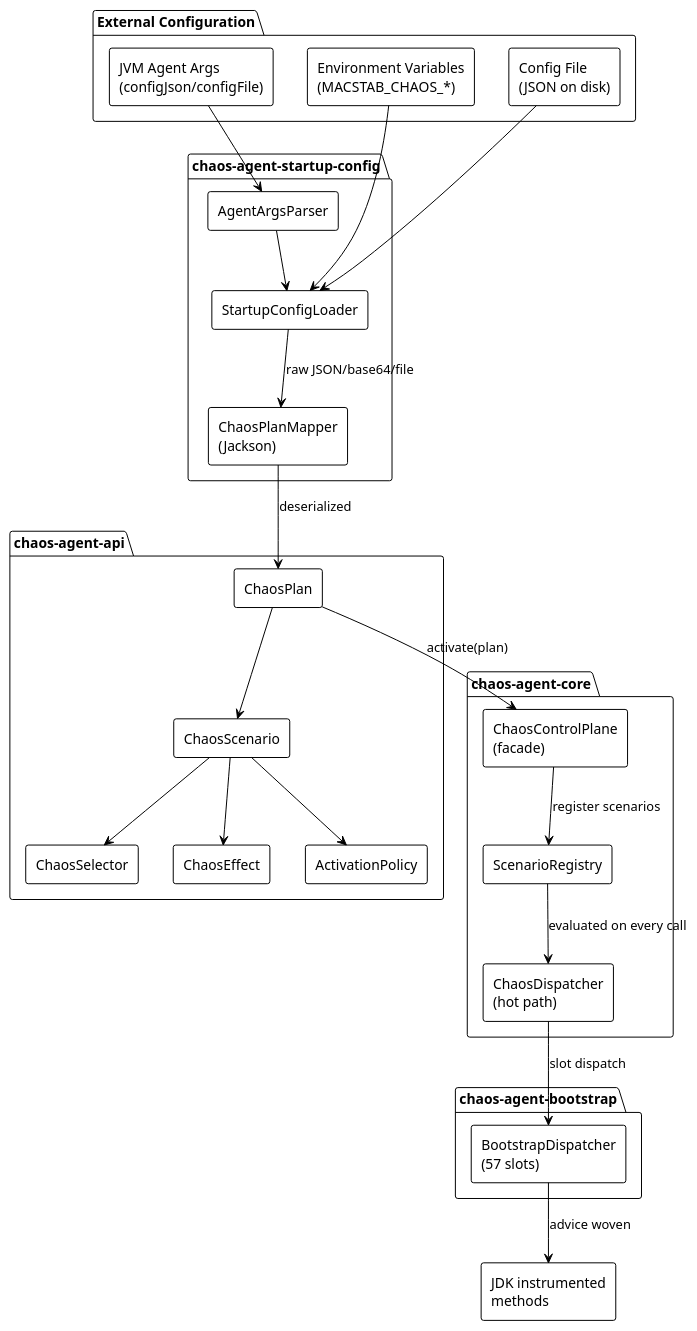
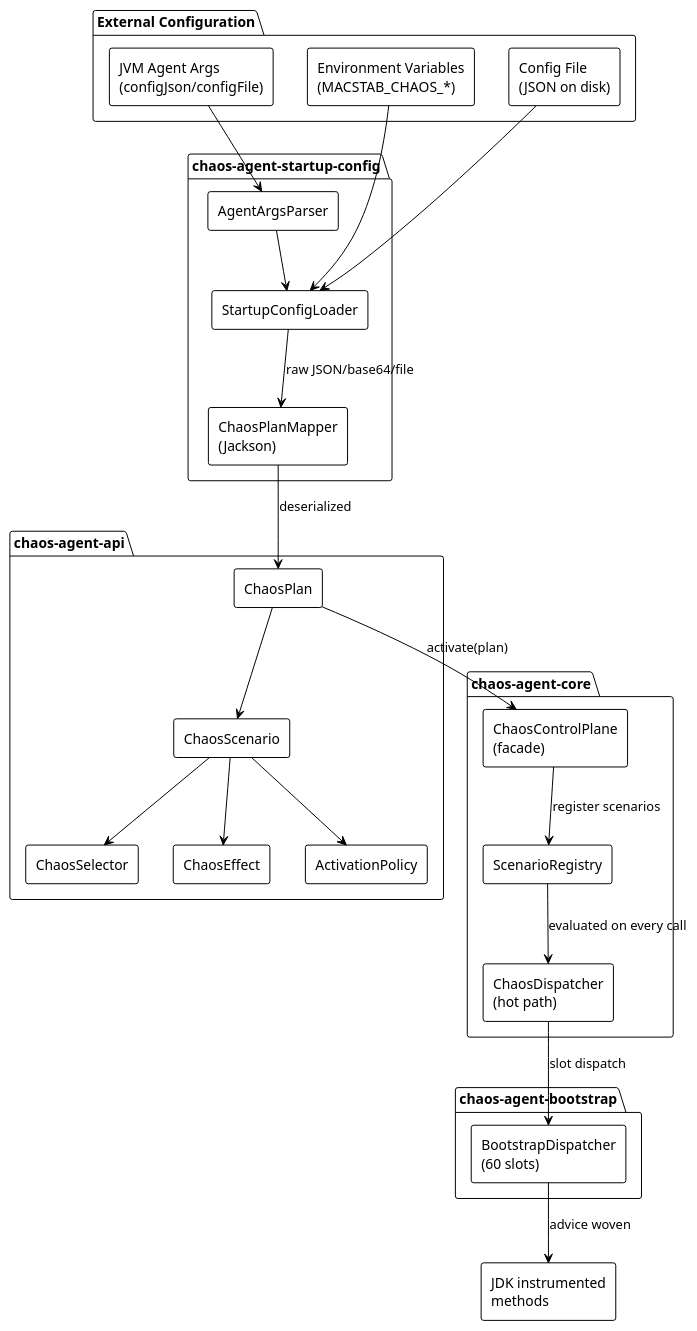
Before and after one commit to macstab/macstab-chaos-jvm-agent: the first of 2 diagrams in docs/configuration-reference.md, drawn with PlantUML. The commit also changed other lines of this file and 26 other files, not shown here.

````diff
--- a/docs/configuration-reference.md
+++ b/docs/configuration-reference.md
@@ -246,52 +246,52 @@
 ```plantuml
 @startuml chaos-config-components
 !theme plain
 skinparam componentStyle rectangle
 
 package "External Configuration" {
   [JVM Agent Args\n(configJson/configFile)] as AgentArgs
   [Environment Variables\n(MACSTAB_CHAOS_*)] as EnvVars
   [Config File\n(JSON on disk)] as ConfigFile
 }
 
 package "chaos-agent-startup-config" {
   [StartupConfigLoader] as SCL
   [AgentArgsParser] as AAP
   [ChaosPlanMapper\n(Jackson)] as CPM
 }
 
 package "chaos-agent-api" {
   [ChaosPlan] as Plan
   [ChaosScenario] as Scenario
   [ChaosSelector] as Selector
   [ChaosEffect] as Effect
   [ActivationPolicy] as Policy
 }
 
 package "chaos-agent-core" {
   [ChaosControlPlane\n(facade)] as CCP
   [ScenarioRegistry] as SR
   [ChaosDispatcher\n(hot path)] as CD
 }
 
 package "chaos-agent-bootstrap" {
-  [BootstrapDispatcher\n(57 slots)] as BD
+  [BootstrapDispatcher\n(60 slots)] as BD
 }
 
 AgentArgs --> AAP
 EnvVars --> SCL
 ConfigFile --> SCL
 AAP --> SCL
 SCL --> CPM : raw JSON/base64/file
 CPM --> Plan : deserialized
 Plan --> Scenario
 Scenario --> Selector
 Scenario --> Effect
 Scenario --> Policy
 Plan --> CCP : activate(plan)
 CCP --> SR : register scenarios
 SR --> CD : evaluated on every call
 CD --> BD : slot dispatch
 BD --> [JDK instrumented\nmethods] : advice woven
 @enduml
 ```
````
